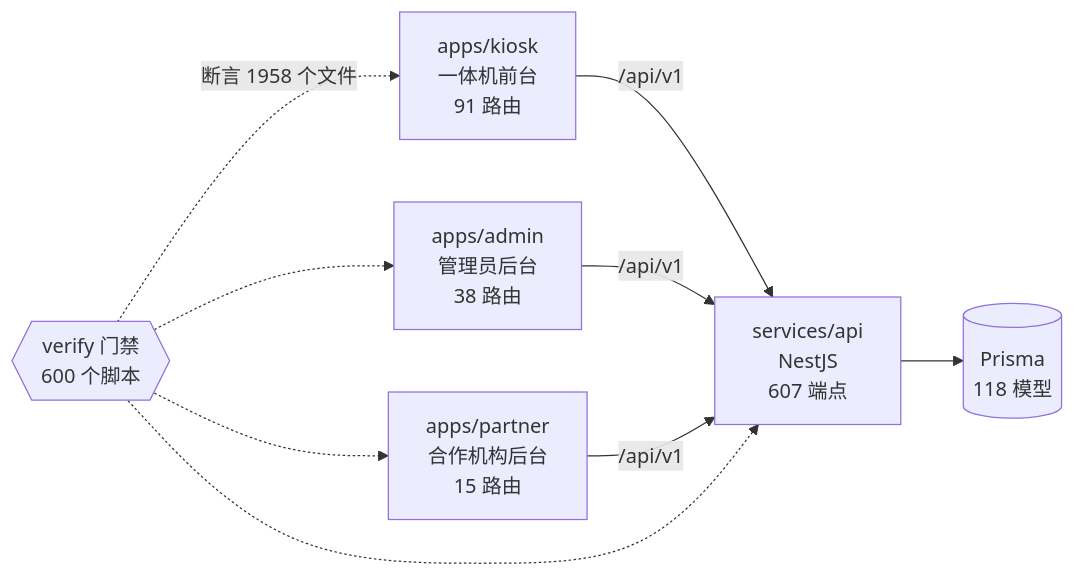
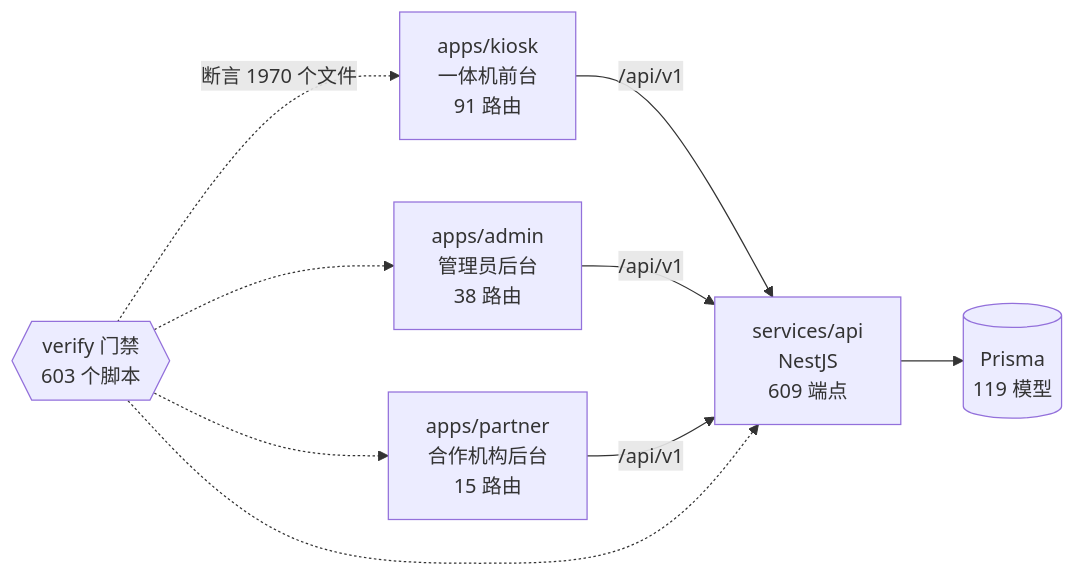
One commit to wanglei581/YITIJI changed the diagram in docs/graph/README.md. Above: the diagram before and after it, drawn with Mermaid. The commit also changed other lines of this file and 4 other files, not shown here.

Commit message:
chore(graph): B5 AI 内容安全一包登记后重生图谱

````diff
--- a/docs/graph/README.md
+++ b/docs/graph/README.md
@@ -68,18 +68,18 @@
 ```mermaid
 flowchart LR
   kiosk["apps/kiosk<br/>一体机前台<br/>91 路由"]
   admin["apps/admin<br/>管理员后台<br/>38 路由"]
   partner["apps/partner<br/>合作机构后台<br/>15 路由"]
-  api["services/api<br/>NestJS<br/>607 端点"]
-  db[("Prisma<br/>118 模型")]
-  gates{{"verify 门禁<br/>600 个脚本"}}
+  api["services/api<br/>NestJS<br/>609 端点"]
+  db[("Prisma<br/>119 模型")]
+  gates{{"verify 门禁<br/>603 个脚本"}}
 
   kiosk -->|"/api/v1"| api
   admin -->|"/api/v1"| api
   partner -->|"/api/v1"| api
   api --> db
-  gates -.->|"断言 1958 个文件"| kiosk
+  gates -.->|"断言 1970 个文件"| kiosk
   gates -.-> admin
   gates -.-> partner
   gates -.-> api
 ```
````
